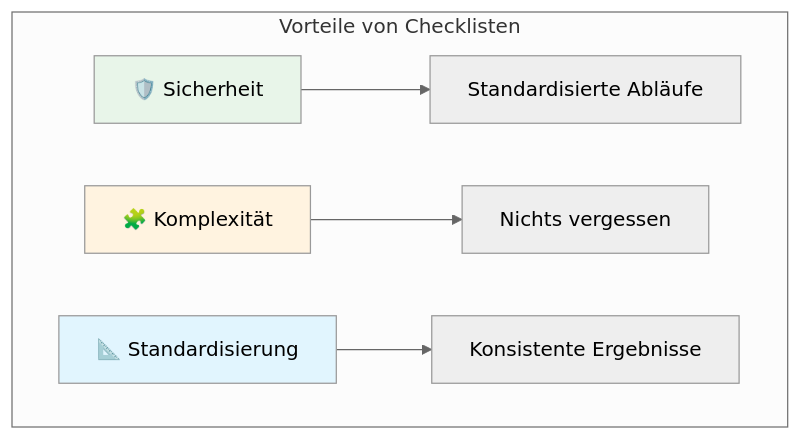
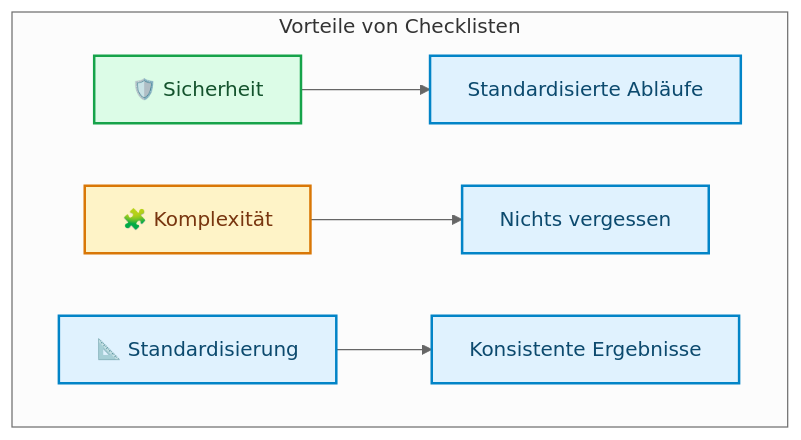
Before and after one commit to ralf-42/ML_Intro: the third of 6 diagrams in docs/concepts/grundlagen/coding-arbeitsweisen.md, drawn with Mermaid (neutral theme). The commit also changed other lines of this file and 67 other files, not shown here.

````diff
--- a/docs/concepts/grundlagen/coding-arbeitsweisen.md
+++ b/docs/concepts/grundlagen/coding-arbeitsweisen.md
@@ -119,12 +122,14 @@
 ```mermaid
 flowchart TD
     subgraph Vorteile["Vorteile von Checklisten"]
         A[🛡️ Sicherheit] --> A1[Standardisierte Abläufe]
         B[🧩 Komplexität] --> B1[Nichts vergessen]
         C[📐 Standardisierung] --> C1[Konsistente Ergebnisse]
     end
-    
-    style A fill:#e8f5e9
-    style B fill:#fff3e0
-    style C fill:#e1f5fe
+
+    classDef default fill:#e0f2fe,stroke:#0284c7,stroke-width:2px,color:#0c4a6e;
+    classDef metric fill:#fef3c7,stroke:#d97706,stroke-width:2px,color:#78350f;
+    classDef output fill:#dcfce7,stroke:#16a34a,stroke-width:2px,color:#14532d;
+    class B metric;
+    class A output;
 ```
````
